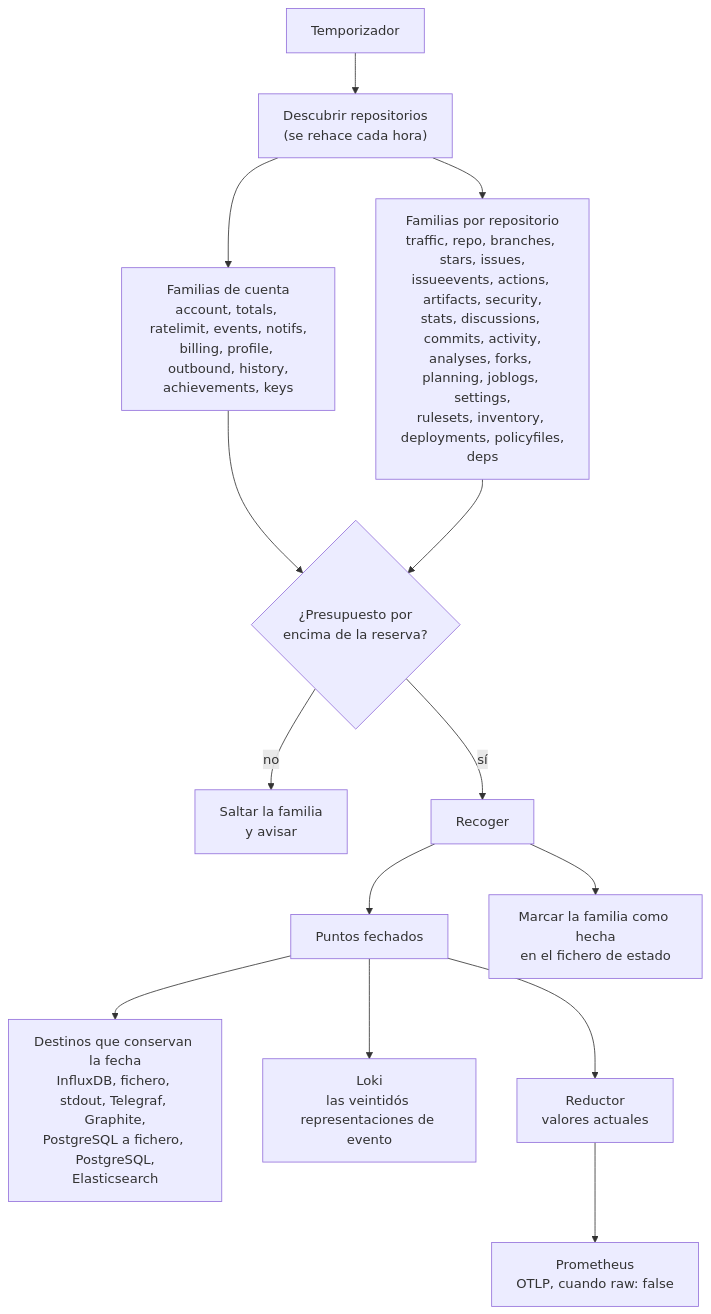
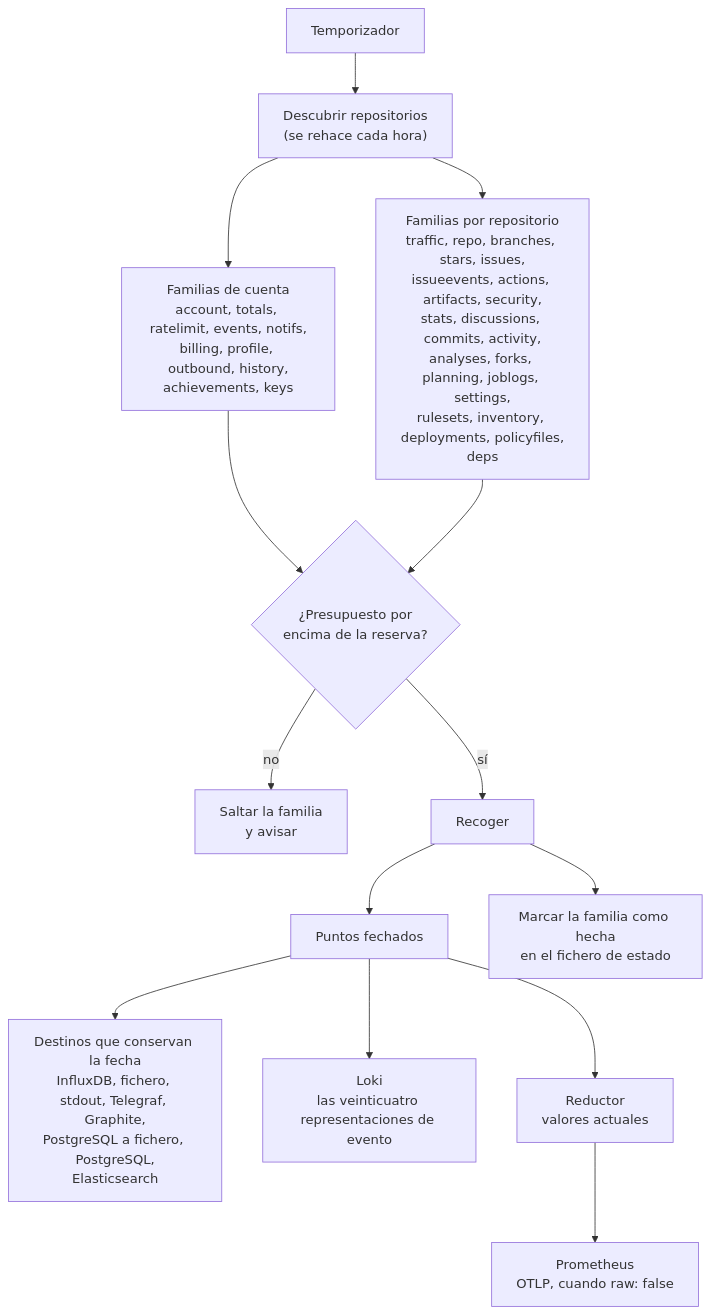
One commit to jmrplens/ghchronicle changed the diagram in site/src/content/docs/es/how/index.mdx. Above: the diagram before and after it, drawn with Mermaid. The commit also changed 36 other files, not shown here.

````diff
--- a/site/src/content/docs/es/how/index.mdx
+++ b/site/src/content/docs/es/how/index.mdx
@@ -22,17 +22,17 @@
 ```mermaid
 %% Generated by site/scripts/gen-figures.mjs from internal/config/config.go and internal/run/runner.go
 flowchart TD
     T["Temporizador"] --> D["Descubrir repositorios<br/>(se rehace cada hora)"]
     D --> A["Familias de cuenta<br/>account, totals, ratelimit, events, notifs,<br/>billing, profile, outbound, history,<br/>achievements, keys"]
     D --> R["Familias por repositorio<br/>traffic, repo, branches, stars, issues,<br/>issueevents, actions, artifacts, security,<br/>stats, discussions, commits, activity,<br/>analyses, forks, planning, joblogs, settings,<br/>rulesets, inventory, deployments, policyfiles,<br/>deps"]
     A --> B{"¿Presupuesto por<br/>encima de la reserva?"}
     R --> B
     B -- "no" --> S["Saltar la familia<br/>y avisar"]
     B -- "sí" --> C["Recoger"]
     C --> P["Puntos fechados"]
     P --> H["Destinos que conservan la fecha<br/>InfluxDB, fichero, stdout, Telegraf, Graphite,<br/>PostgreSQL a fichero, PostgreSQL,<br/>Elasticsearch"]
-    P --> L["Loki<br/>las veintidós representaciones de evento"]
+    P --> L["Loki<br/>las veinticuatro representaciones de evento"]
     P --> RD["Reductor<br/>valores actuales"]
     RD --> G["Prometheus<br/>OTLP, cuando raw: false"]
     C --> M["Marcar la familia como hecha<br/>en el fichero de estado"]
 ```
````
